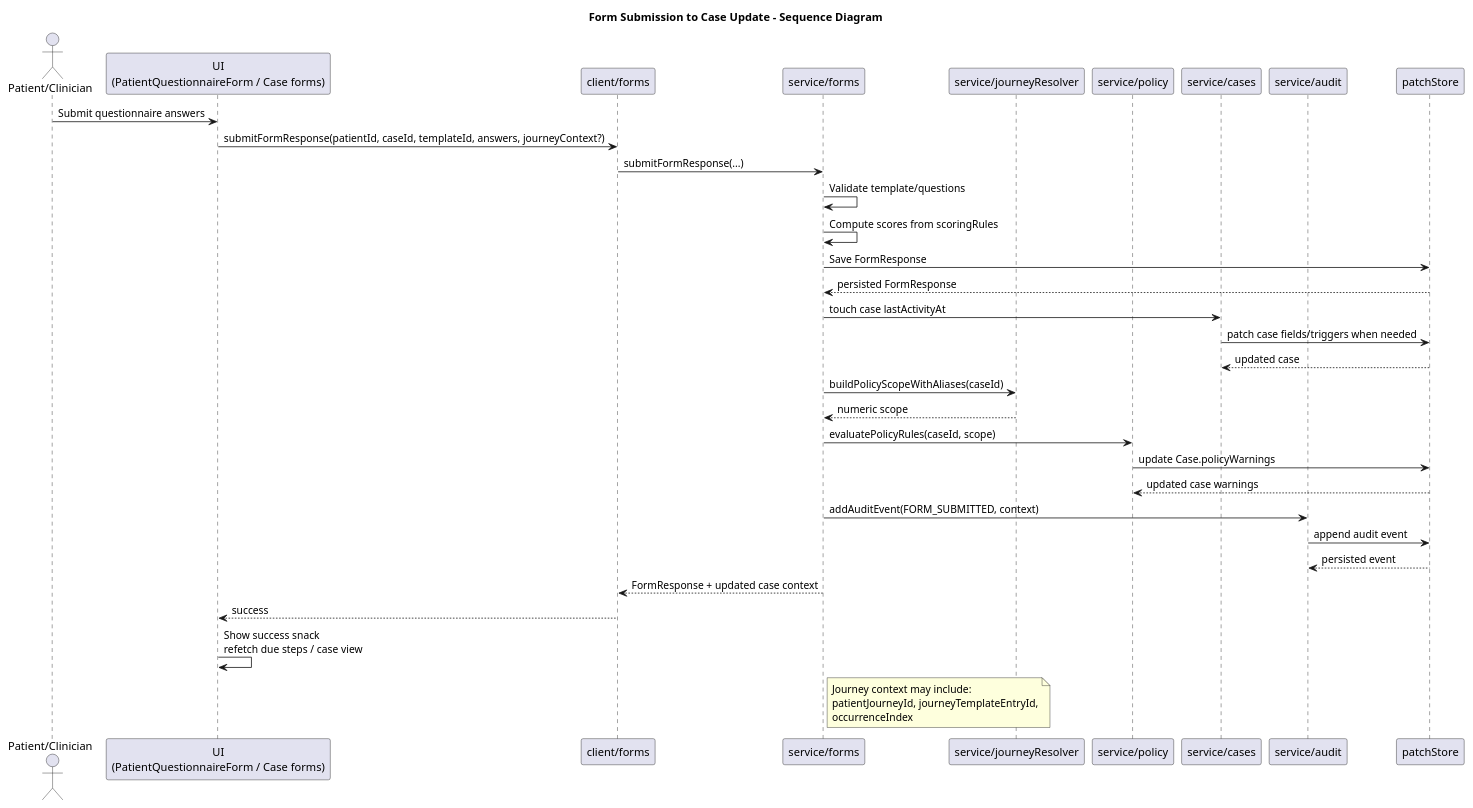
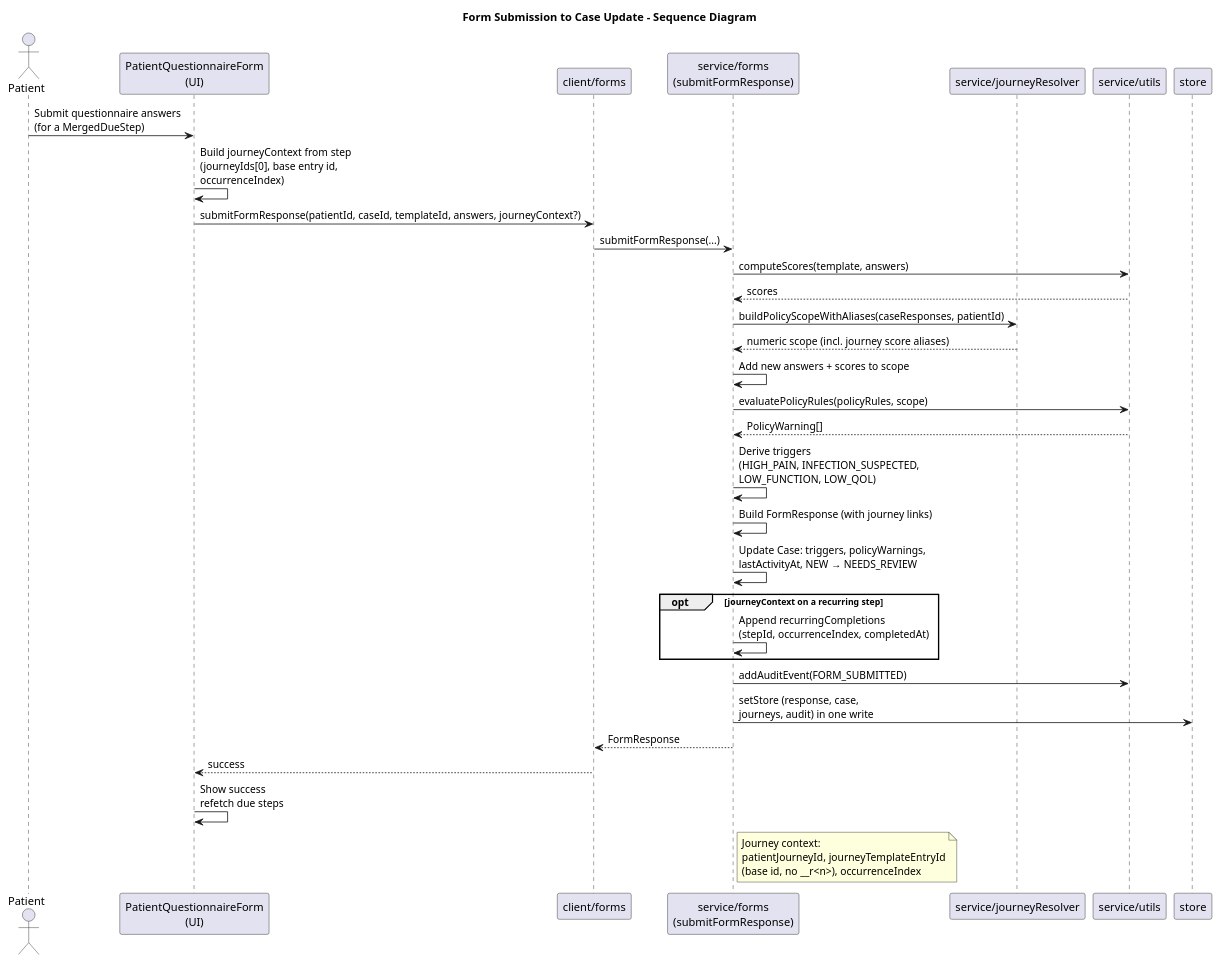
One commit to gforge/DUK changed the diagram in docs/diagrams/form-submission-flow.puml. Above: the diagram before and after it, drawn with PlantUML. The commit also changed 49 other files, not shown here.

First line of the commit message:
Update docs and diagrams to match current implementation

```diff
--- a/docs/diagrams/form-submission-flow.puml
+++ b/docs/diagrams/form-submission-flow.puml
@@ -1,52 +1,50 @@
 @startuml
 ' Purpose: Form submission pipeline to case/policy/audit updates
 ' Source of truth:
 '   src/api/service/forms.ts
-'   src/api/service/policy.ts
-'   src/api/service/cases.ts
+'   src/api/service/journeyResolver.ts
+'   src/api/service/utils.ts
 
 title Form Submission to Case Update - Sequence Diagram
 
-actor "Patient/Clinician" as User
-participant "UI\n(PatientQuestionnaireForm / Case forms)" as UI
+actor "Patient" as User
+participant "PatientQuestionnaireForm\n(UI)" as UI
 participant "client/forms" as Client
-participant "service/forms" as Forms
+participant "service/forms\n(submitFormResponse)" as Forms
 participant "service/journeyResolver" as Resolver
-participant "service/policy" as Policy
-participant "service/cases" as Cases
-participant "service/audit" as Audit
-participant "patchStore" as Store
+participant "service/utils" as Utils
+participant "store" as Store
 
-User -> UI : Submit questionnaire answers
+User -> UI : Submit questionnaire answers\n(for a MergedDueStep)
+UI -> UI : Build journeyContext from step\n(journeyIds[0], base entry id,\noccurrenceIndex)
 UI -> Client : submitFormResponse(patientId, caseId, templateId, answers, journeyContext?)
 Client -> Forms : submitFormResponse(...)
-Forms -> Forms : Validate template/questions
-Forms -> Forms : Compute scores from scoringRules
-Forms -> Store : Save FormResponse
-Store --> Forms : persisted FormResponse
+Forms -> Utils : computeScores(template, answers)
+Utils --> Forms : scores
 
-Forms -> Cases : touch case lastActivityAt
-Cases -> Store : patch case fields/triggers when needed
-Store --> Cases : updated case
+Forms -> Resolver : buildPolicyScopeWithAliases(caseResponses, patientId)
+Resolver --> Forms : numeric scope (incl. journey score aliases)
+Forms -> Forms : Add new answers + scores to scope
+Forms -> Utils : evaluatePolicyRules(policyRules, scope)
+Utils --> Forms : PolicyWarning[]
+Forms -> Forms : Derive triggers\n(HIGH_PAIN, INFECTION_SUSPECTED,\nLOW_FUNCTION, LOW_QOL)
 
-Forms -> Resolver : buildPolicyScopeWithAliases(caseId)
-Resolver --> Forms : numeric scope
-Forms -> Policy : evaluatePolicyRules(caseId, scope)
-Policy -> Store : update Case.policyWarnings
-Store --> Policy : updated case warnings
+Forms -> Forms : Build FormResponse (with journey links)
+Forms -> Forms : Update Case: triggers, policyWarnings,\nlastActivityAt, NEW → NEEDS_REVIEW
+opt journeyContext on a recurring step
+  Forms -> Forms : Append recurringCompletions\n(stepId, occurrenceIndex, completedAt)
+end
+Forms -> Utils : addAuditEvent(FORM_SUBMITTED)
+Forms -> Store : setStore (response, case,\njourneys, audit) in one write
 
-Forms -> Audit : addAuditEvent(FORM_SUBMITTED, context)
-Audit -> Store : append audit event
-Store --> Audit : persisted event
-
-Forms --> Client : FormResponse + updated case context
+Forms --> Client : FormResponse
 Client --> UI : success
-UI -> UI : Show success snack\nrefetch due steps / case view
+UI -> UI : Show success\nrefetch due steps
 
 note right of Forms
-  Journey context may include:
-  patientJourneyId, journeyTemplateEntryId,
-  occurrenceIndex
+  Journey context:
+  patientJourneyId, journeyTemplateEntryId
+  (base id, no __r<n>), occurrenceIndex
 end note
 
 @enduml
```
